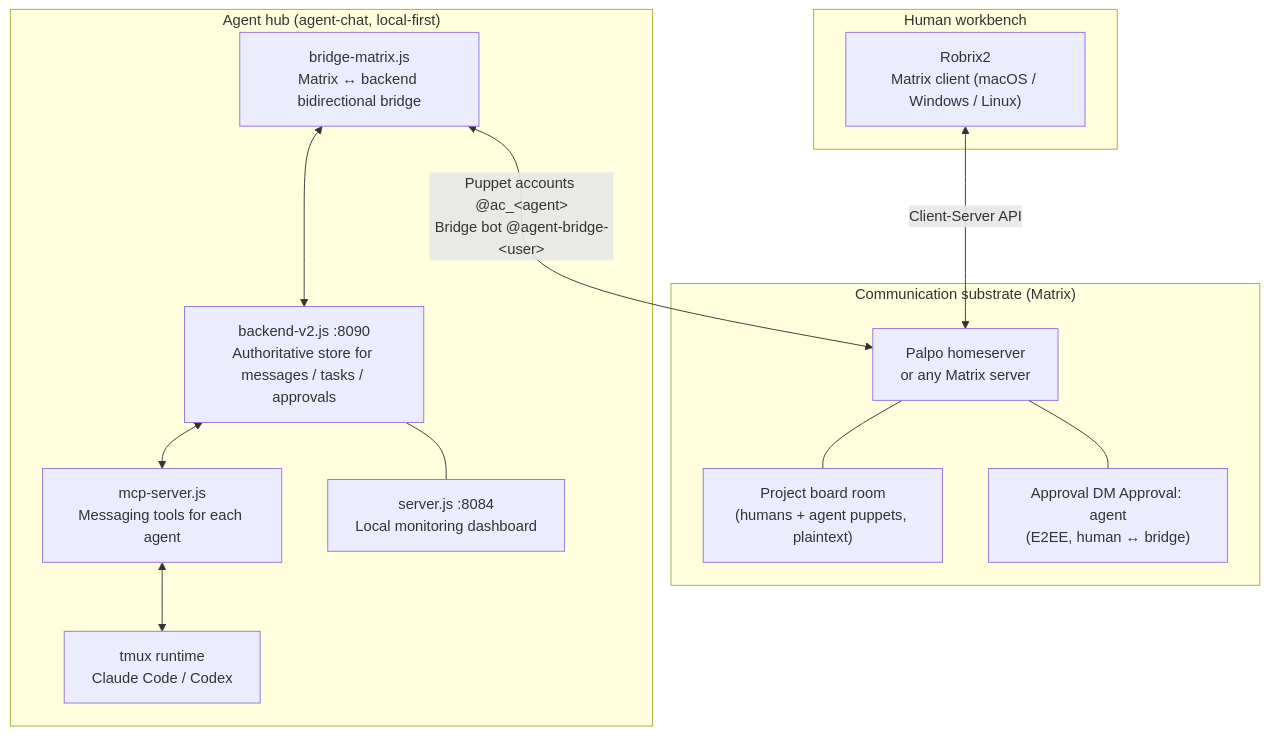
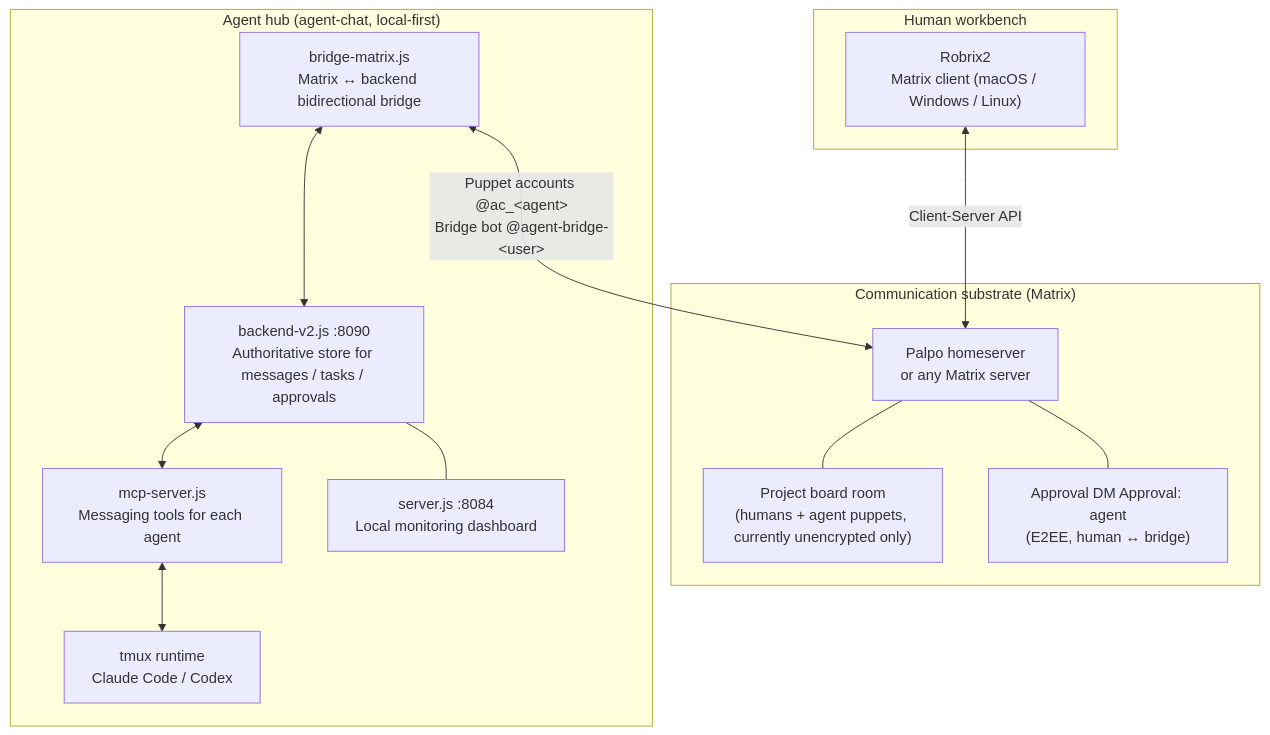
One commit to Project-Robius-China/robrix2 changed the diagram in book/en/src/part2/concept.md. Above: the diagram before and after it, drawn with Mermaid. The commit also changed other lines of this file and 42 other files, not shown here.

````diff
--- a/book/en/src/part2/concept.md
+++ b/book/en/src/part2/concept.md
@@ -20,29 +20,29 @@
 ```mermaid
 flowchart TB
     subgraph human["Human workbench"]
         R["Robrix2<br/>Matrix client (macOS / Windows / Linux)"]
     end
 
     subgraph matrix["Communication substrate (Matrix)"]
         P["Palpo homeserver<br/>or any Matrix server"]
-        room["Project board room<br/>(humans + agent puppets, plaintext)"]
+        room["Project board room<br/>(humans + agent puppets, currently unencrypted only)"]
         appr["Approval DM Approval: agent<br/>(E2EE, human ↔ bridge)"]
         P --- room
         P --- appr
     end
 
     subgraph ac["Agent hub (agent-chat, local-first)"]
         BR["bridge-matrix.js<br/>Matrix ↔ backend bidirectional bridge"]
         BE["backend-v2.js :8090<br/>Authoritative store for messages / tasks / approvals"]
         MCP["mcp-server.js<br/>Messaging tools for each agent"]
         TMUX["tmux runtime<br/>Claude Code / Codex"]
         DASH["server.js :8084<br/>Local monitoring dashboard"]
         BR <--> BE
         BE <--> MCP
         MCP <--> TMUX
         BE --- DASH
     end
 
     R <-->|Client-Server API| P
     BR <-->|"Puppet accounts @ac_&lt;agent&gt;<br/>Bridge bot @agent-bridge-&lt;user&gt;"| P
 ```
````
